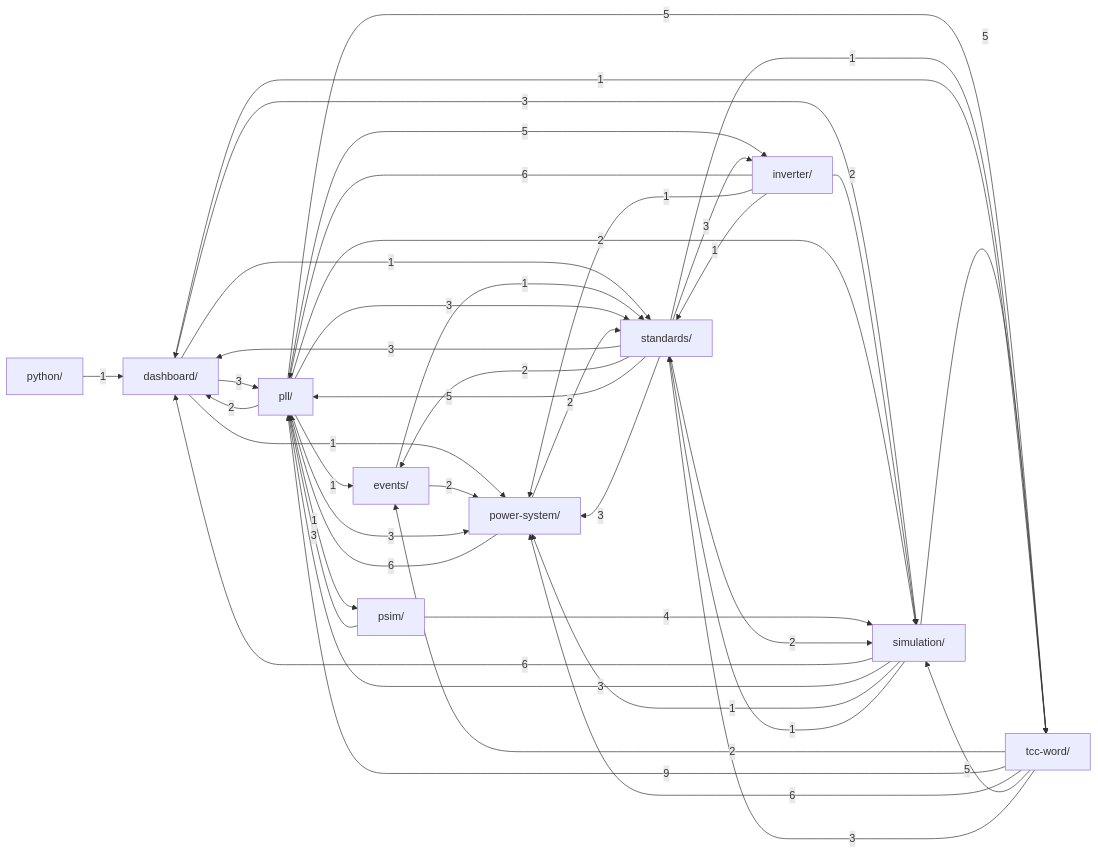
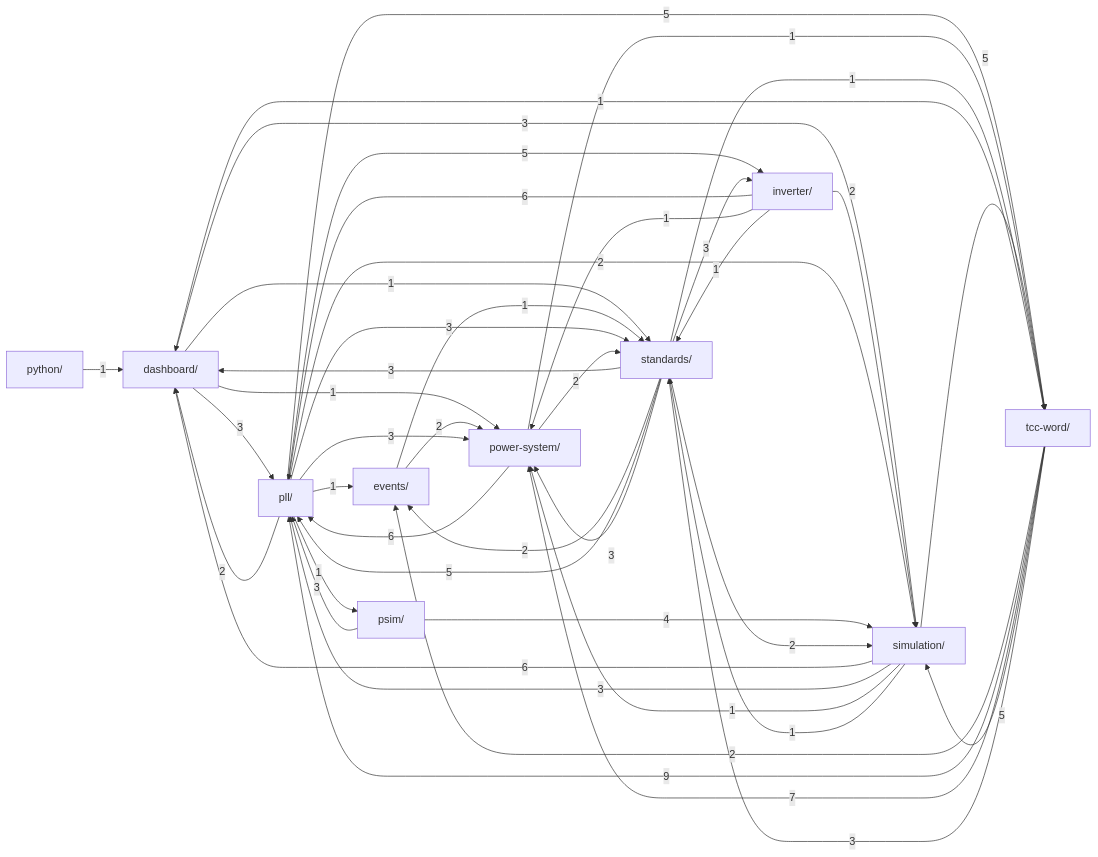
The diagram in .claude/kb/grafo.md (GGHB0/pll_stability_9bus), drawn with Mermaid before and after one commit. The commit also changed 6 other files, not shown here.

````diff
--- a/.claude/kb/grafo.md
+++ b/.claude/kb/grafo.md
@@ -12,54 +12,55 @@
 ```mermaid
 graph LR
     dashboard["dashboard/"]
     events["events/"]
     inverter["inverter/"]
     pll["pll/"]
     power_system["power-system/"]
     psim["psim/"]
     python["python/"]
     simulation["simulation/"]
     standards["standards/"]
     tcc_word["tcc-word/"]
     dashboard -->|3| pll
     dashboard -->|1| power_system
     dashboard -->|3| simulation
     dashboard -->|1| standards
     events -->|2| power_system
     events -->|1| standards
     inverter -->|6| pll
     inverter -->|1| power_system
     inverter -->|2| simulation
     inverter -->|1| standards
     pll -->|2| dashboard
     pll -->|1| events
     pll -->|5| inverter
     pll -->|3| power_system
     pll -->|1| psim
     pll -->|2| simulation
     pll -->|3| standards
     pll -->|5| tcc_word
     power_system -->|6| pll
     power_system -->|2| standards
+    power_system -->|1| tcc_word
     psim -->|3| pll
     psim -->|4| simulation
     python -->|1| dashboard
     simulation -->|6| dashboard
     simulation -->|3| pll
     simulation -->|1| power_system
     simulation -->|1| standards
     simulation -->|5| tcc_word
     standards -->|3| dashboard
     standards -->|2| events
     standards -->|3| inverter
     standards -->|5| pll
     standards -->|3| power_system
     standards -->|2| simulation
     standards -->|1| tcc_word
     tcc_word -->|1| dashboard
     tcc_word -->|2| events
     tcc_word -->|9| pll
-    tcc_word -->|6| power_system
+    tcc_word -->|7| power_system
     tcc_word -->|5| simulation
     tcc_word -->|3| standards
 ```
````
